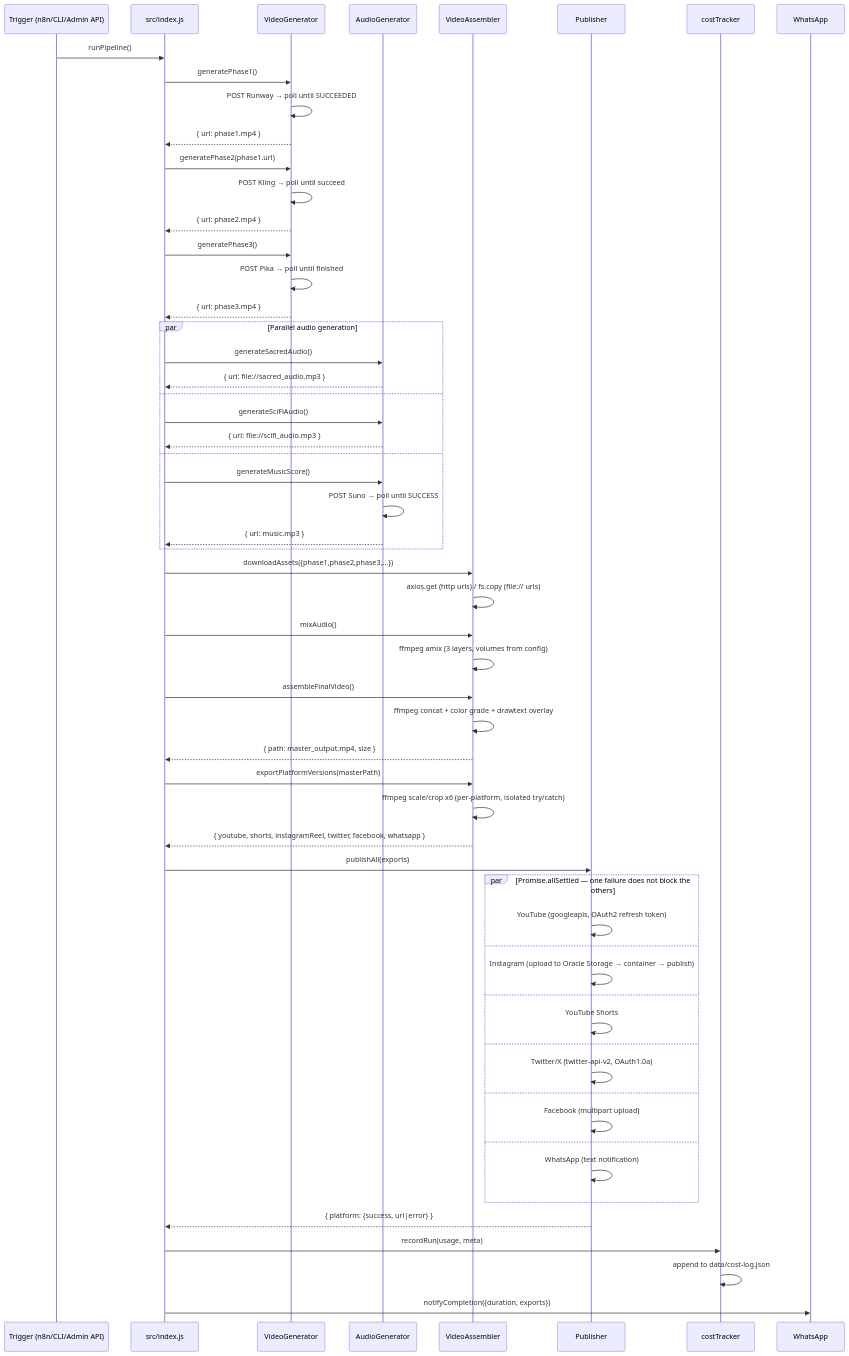
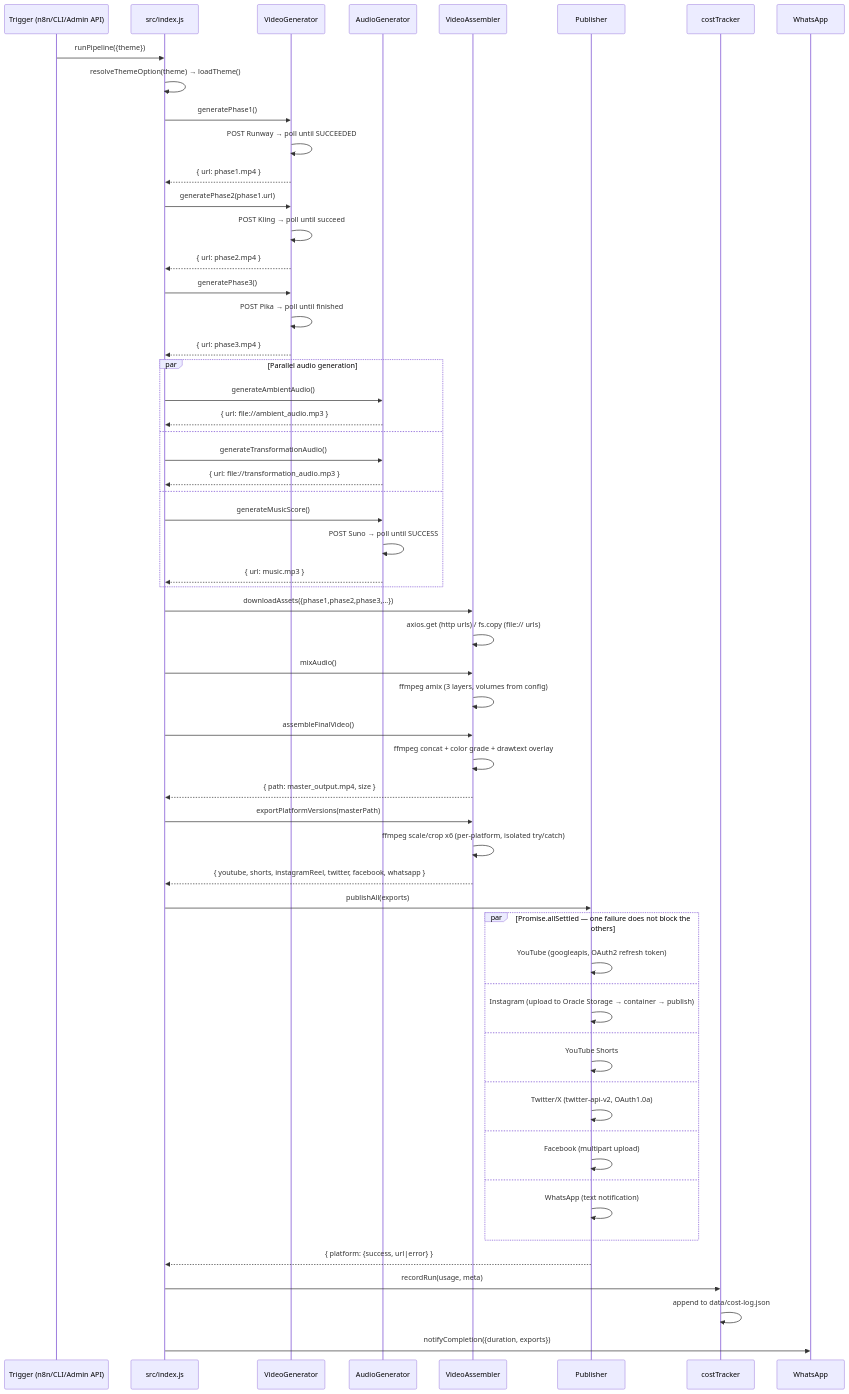
The second of 5 diagrams in TECHNICAL_IMPLEMENTATION_PLAN.md (ashishgupta1v/Transformations), drawn with Mermaid before and after one commit. The commit also changed other lines of this file and 14 other files, not shown here.

````diff
--- a/TECHNICAL_IMPLEMENTATION_PLAN.md
+++ b/TECHNICAL_IMPLEMENTATION_PLAN.md
@@ -131,65 +134,66 @@
 ```mermaid
 sequenceDiagram
     participant T as Trigger (n8n/CLI/Admin API)
     participant Idx as src/index.js
     participant VG as VideoGenerator
     participant AG as AudioGenerator
     participant ASM as VideoAssembler
     participant Pub as Publisher
     participant CT as costTracker
     participant WA as WhatsApp
 
-    T->>Idx: runPipeline()
+    T->>Idx: runPipeline({theme})
+    Idx->>Idx: resolveThemeOption(theme) → loadTheme()
     Idx->>VG: generatePhase1()
     VG->>VG: POST Runway → poll until SUCCEEDED
     VG-->>Idx: { url: phase1.mp4 }
     Idx->>VG: generatePhase2(phase1.url)
     VG->>VG: POST Kling → poll until succeed
     VG-->>Idx: { url: phase2.mp4 }
     Idx->>VG: generatePhase3()
     VG->>VG: POST Pika → poll until finished
     VG-->>Idx: { url: phase3.mp4 }
 
     par Parallel audio generation
-        Idx->>AG: generateSacredAudio()
-        AG-->>Idx: { url: file://sacred_audio.mp3 }
+        Idx->>AG: generateAmbientAudio()
+        AG-->>Idx: { url: file://ambient_audio.mp3 }
     and
-        Idx->>AG: generateSciFiAudio()
-        AG-->>Idx: { url: file://scifi_audio.mp3 }
+        Idx->>AG: generateTransformationAudio()
+        AG-->>Idx: { url: file://transformation_audio.mp3 }
     and
         Idx->>AG: generateMusicScore()
         AG->>AG: POST Suno → poll until SUCCESS
         AG-->>Idx: { url: music.mp3 }
     end
 
     Idx->>ASM: downloadAssets({phase1,phase2,phase3,...})
     ASM->>ASM: axios.get (http urls) / fs.copy (file:// urls)
     Idx->>ASM: mixAudio()
     ASM->>ASM: ffmpeg amix (3 layers, volumes from config)
     Idx->>ASM: assembleFinalVideo()
     ASM->>ASM: ffmpeg concat + color grade + drawtext overlay
     ASM-->>Idx: { path: master_output.mp4, size }
     Idx->>ASM: exportPlatformVersions(masterPath)
     ASM->>ASM: ffmpeg scale/crop x6 (per-platform, isolated try/catch)
     ASM-->>Idx: { youtube, shorts, instagramReel, twitter, facebook, whatsapp }
 
     Idx->>Pub: publishAll(exports)
     par Promise.allSettled — one failure does not block the others
         Pub->>Pub: YouTube (googleapis, OAuth2 refresh token)
     and
         Pub->>Pub: Instagram (upload to Oracle Storage → container → publish)
     and
         Pub->>Pub: YouTube Shorts
     and
         Pub->>Pub: Twitter/X (twitter-api-v2, OAuth1.0a)
     and
         Pub->>Pub: Facebook (multipart upload)
     and
         Pub->>Pub: WhatsApp (text notification)
     end
     Pub-->>Idx: { platform: {success, url|error} }
 
     Idx->>CT: recordRun(usage, meta)
     CT->>CT: append to data/cost-log.json
     Idx->>WA: notifyCompletion({duration, exports})
 ```
````
